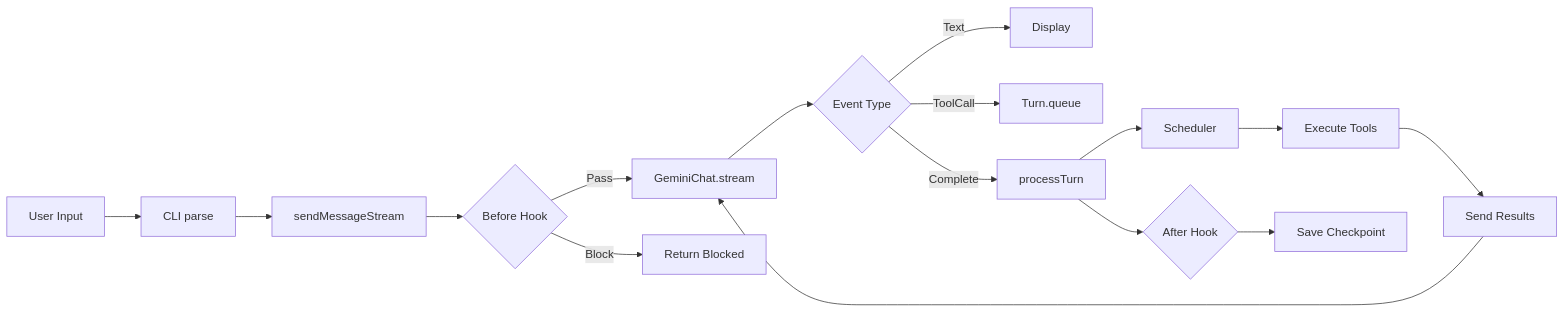
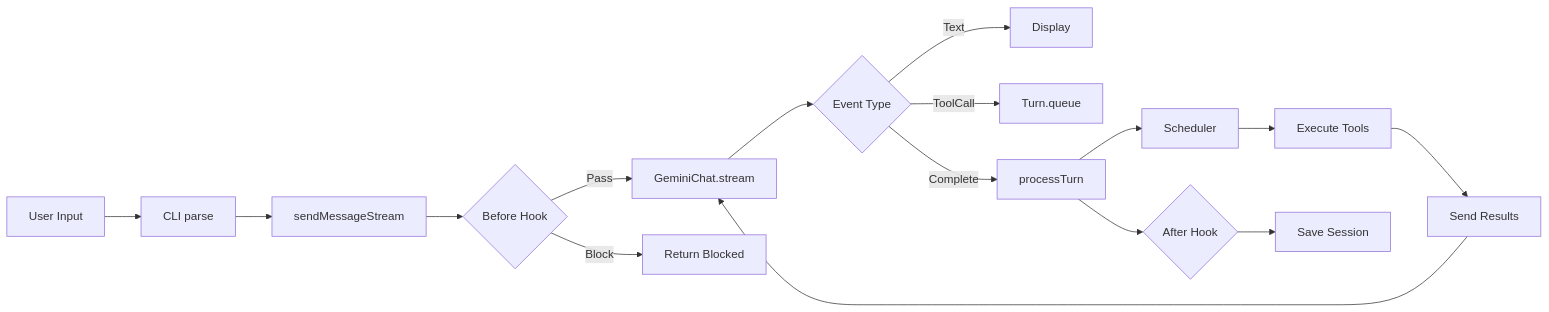
The second of 3 diagrams in docs/gemini-cli/01-gemini-cli-overview.md (giraffe-tree/agent-base), drawn with Mermaid before and after one commit. The commit also changed other lines of this file and 155 other files, not shown here.

````diff
--- a/docs/gemini-cli/01-gemini-cli-overview.md
+++ b/docs/gemini-cli/01-gemini-cli-overview.md
@@ -269,18 +290,18 @@
 ```mermaid
 flowchart LR
     A[User Input] --> B[CLI parse]
     B --> C[sendMessageStream]
     C --> D{Before Hook}
     D -->|Pass| E[GeminiChat.stream]
     D -->|Block| F[Return Blocked]
     E --> G{Event Type}
     G -->|Text| H[Display]
     G -->|ToolCall| I[Turn.queue]
     G -->|Complete| J[processTurn]
     J --> K[Scheduler]
     K --> L[Execute Tools]
     L --> M[Send Results]
     M --> E
     J --> N{After Hook}
-    N --> O[Save Checkpoint]
+    N --> O[Save Session]
 ```
````
